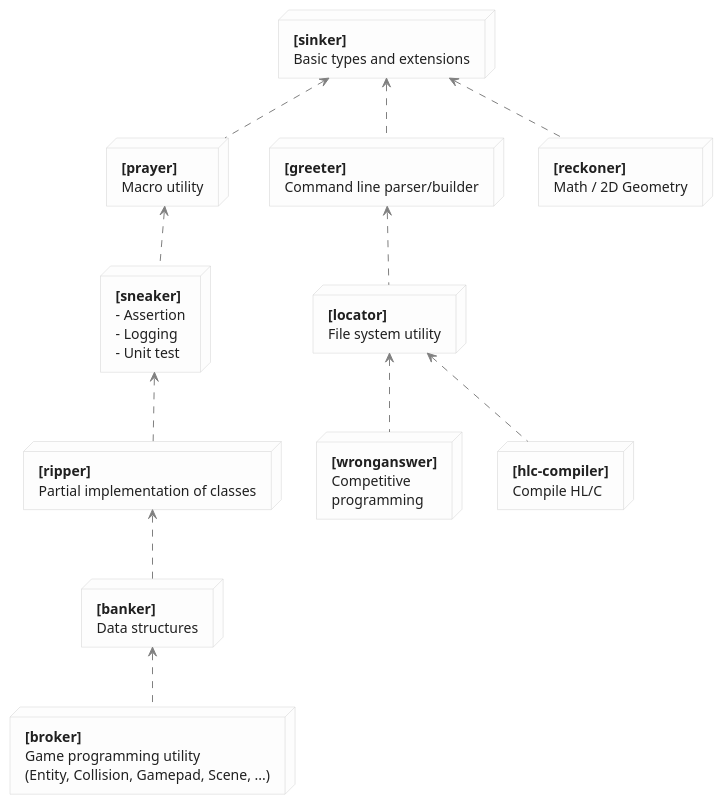
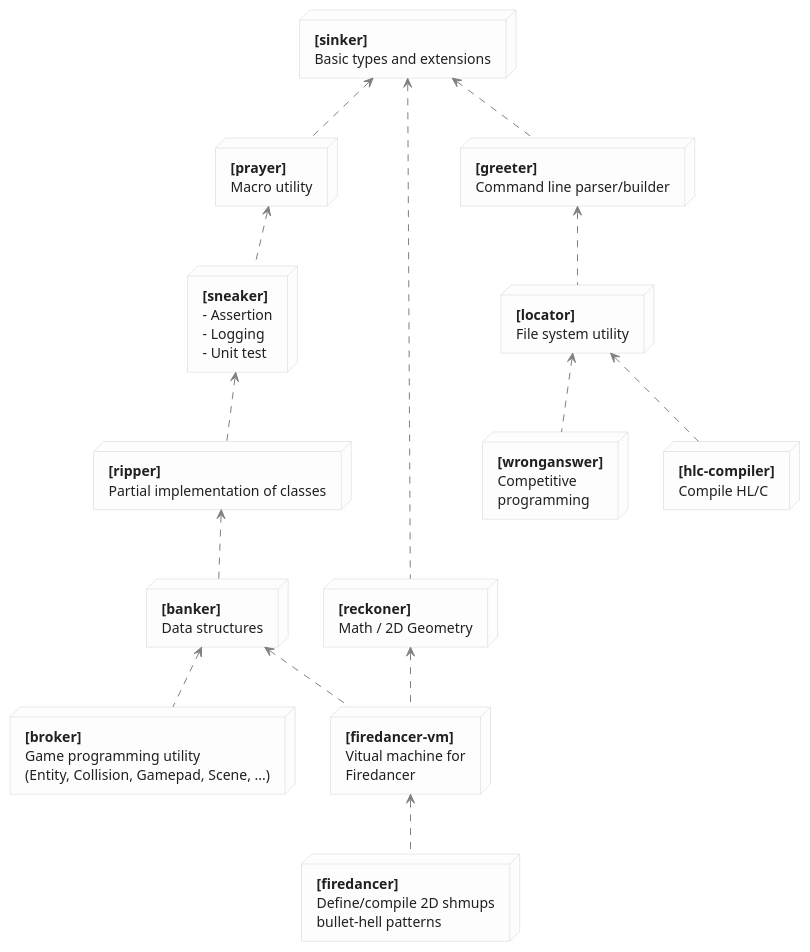
Before and after one commit to fal-works/fal-haxe-libraries: the diagram in diagram.puml, drawn with PlantUML. The commit also changed 2 other files, not shown here.

Commit message:
add firedancer and firedancer-vm

```diff
--- a/diagram.puml
+++ b/diagram.puml
@@ -1,93 +1,109 @@
 @startuml diagram
 
 ' ---- (style) --------------------------------
 
 skinparam shadowing false
 skinparam backgroundColor White
 skinparam node {
   BackgroundColor #FDFDFD
   BorderColor #D0D0D0
   FontColor #202020
 }
 skinparam ArrowColor #808080
 skinparam note {
   BackgroundColor White
   FontColor #606060
   BorderColor #C0C0C0
 }
 
 ' ---- (diagram) ------------------------------
 
 node sinker [
   **[sinker]**
   Basic types and extensions
 ]
 
 node prayer [
   **[prayer]**
   Macro utility
 ]
 
 node sneaker [
   **[sneaker]**
   - Assertion
   - Logging
   - Unit test
 ]
 
 node ripper [
   **[ripper]**
   Partial implementation of classes
 ]
 
 node banker [
   **[banker]**
   Data structures
 ]
 
 node broker [
   **[broker]**
   Game programming utility
   (Entity, Collision, Gamepad, Scene, ...)
 ]
 
+node reckoner [
+  **[reckoner]**
+  Math / 2D Geometry
+]
+
+node firedancer_vm [
+  **[firedancer-vm]**
+  Vitual machine for
+  Firedancer
+]
+
+node firedancer [
+  **[firedancer]**
+  Define/compile 2D shmups
+  bullet-hell patterns
+]
+
 node greeter [
   **[greeter]**
   Command line parser/builder
 ]
 
 node locator [
   **[locator]**
   File system utility
 ]
 
 node wronganswer [
   **[wronganswer]**
   Competitive
   programming
 ]
 
 node hlc_compiler [
   **[hlc-compiler]**
   Compile HL/C
 ]
 
-node reckoner [
-  **[reckoner]**
-  Math / 2D Geometry
-]
-
 sinker <.. prayer
 prayer <.. sneaker
 sneaker <.. ripper
 ripper <.. banker
 banker <.. broker
 
+sinker <.. reckoner
+
+banker <.. firedancer_vm
+reckoner <.. firedancer_vm
+firedancer_vm <.. firedancer
+
 sinker <.. greeter
 greeter <.. locator
 locator <.. wronganswer
 locator <.. hlc_compiler
 
-sinker <.. reckoner
-
 @enduml
```
